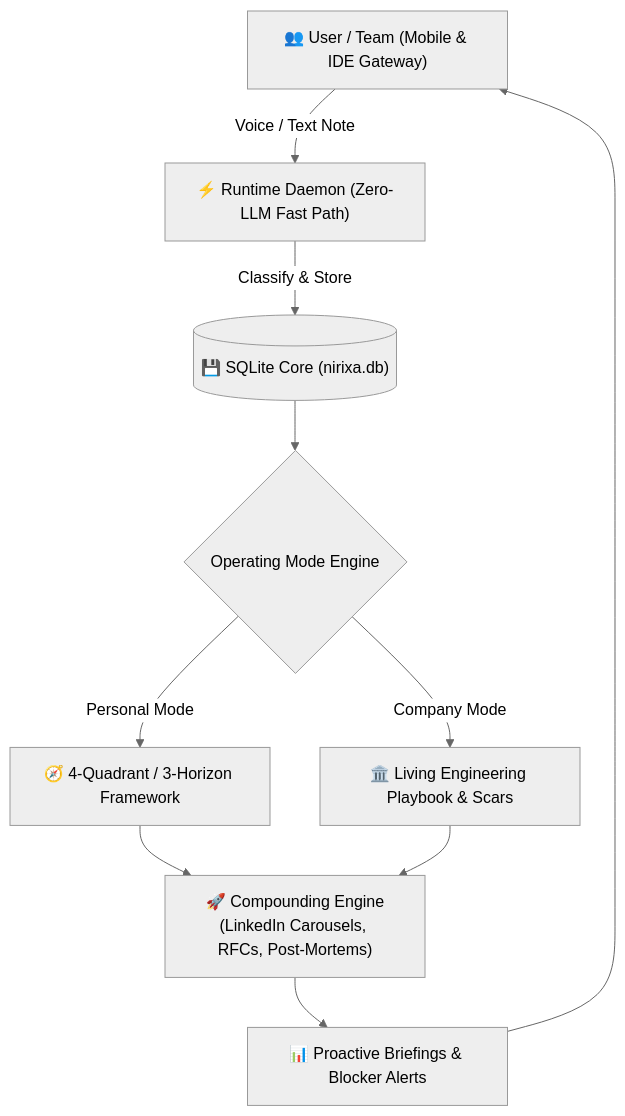
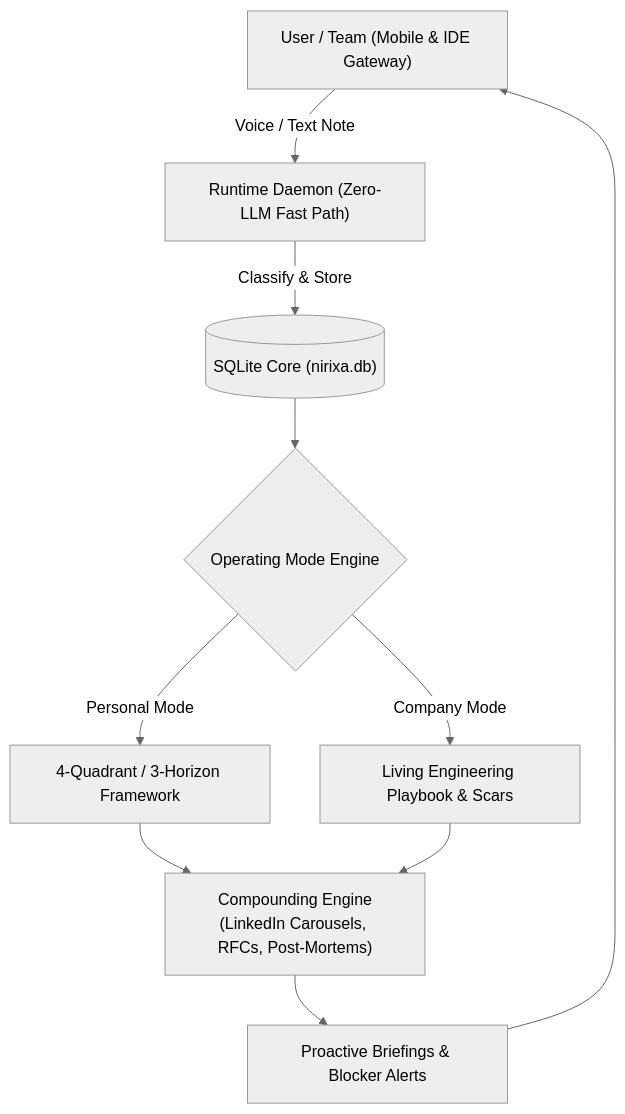
Before and after one commit to Monish-Nallagondalla/Nirixa: the diagram in README.md, drawn with Mermaid (neutral theme). The commit also changed other lines of this file, not shown here.

Commit message:
docs(readme): mirror exact Hermes layout, zero emojis, and full feature tables

````diff
--- a/README.md
+++ b/README.md
@@ -129,11 +164,11 @@
 ```mermaid
 graph TD
-    User["👥 User / Team (Mobile & IDE Gateway)"] -->|"Voice / Text Note"| Daemon["⚡ Runtime Daemon (Zero-LLM Fast Path)"]
-    Daemon -->|"Classify & Store"| DB[("💾 SQLite Core (nirixa.db)")]
+    User["User / Team (Mobile & IDE Gateway)"] -->|"Voice / Text Note"| Daemon["Runtime Daemon (Zero-LLM Fast Path)"]
+    Daemon -->|"Classify & Store"| DB[("SQLite Core (nirixa.db)")]
     DB --> OperatingMode{"Operating Mode Engine"}
-    OperatingMode -->|"Personal Mode"| Q["🧭 4-Quadrant / 3-Horizon Framework"]
-    OperatingMode -->|"Company Mode"| W["🏛️ Living Engineering Playbook & Scars"]
-    Q & W --> Compounding["🚀 Compounding Engine<br/>(LinkedIn Carousels, RFCs, Post-Mortems)"]
-    Compounding --> Proactive["📊 Proactive Briefings & Blocker Alerts"]
+    OperatingMode -->|"Personal Mode"| Q["4-Quadrant / 3-Horizon Framework"]
+    OperatingMode -->|"Company Mode"| W["Living Engineering Playbook & Scars"]
+    Q & W --> Compounding["Compounding Engine<br/>(LinkedIn Carousels, RFCs, Post-Mortems)"]
+    Compounding --> Proactive["Proactive Briefings & Blocker Alerts"]
     Proactive --> User
 ```
````
